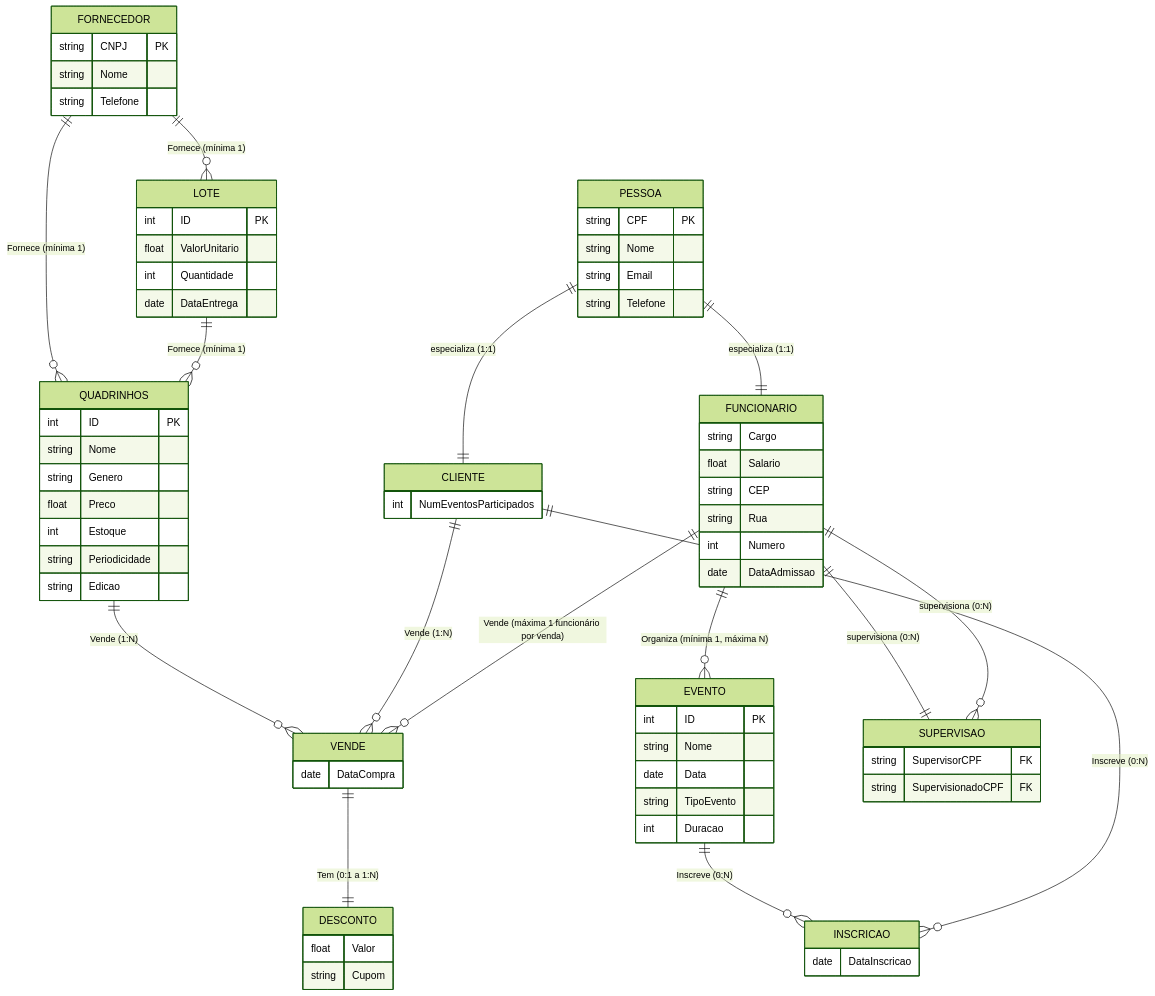
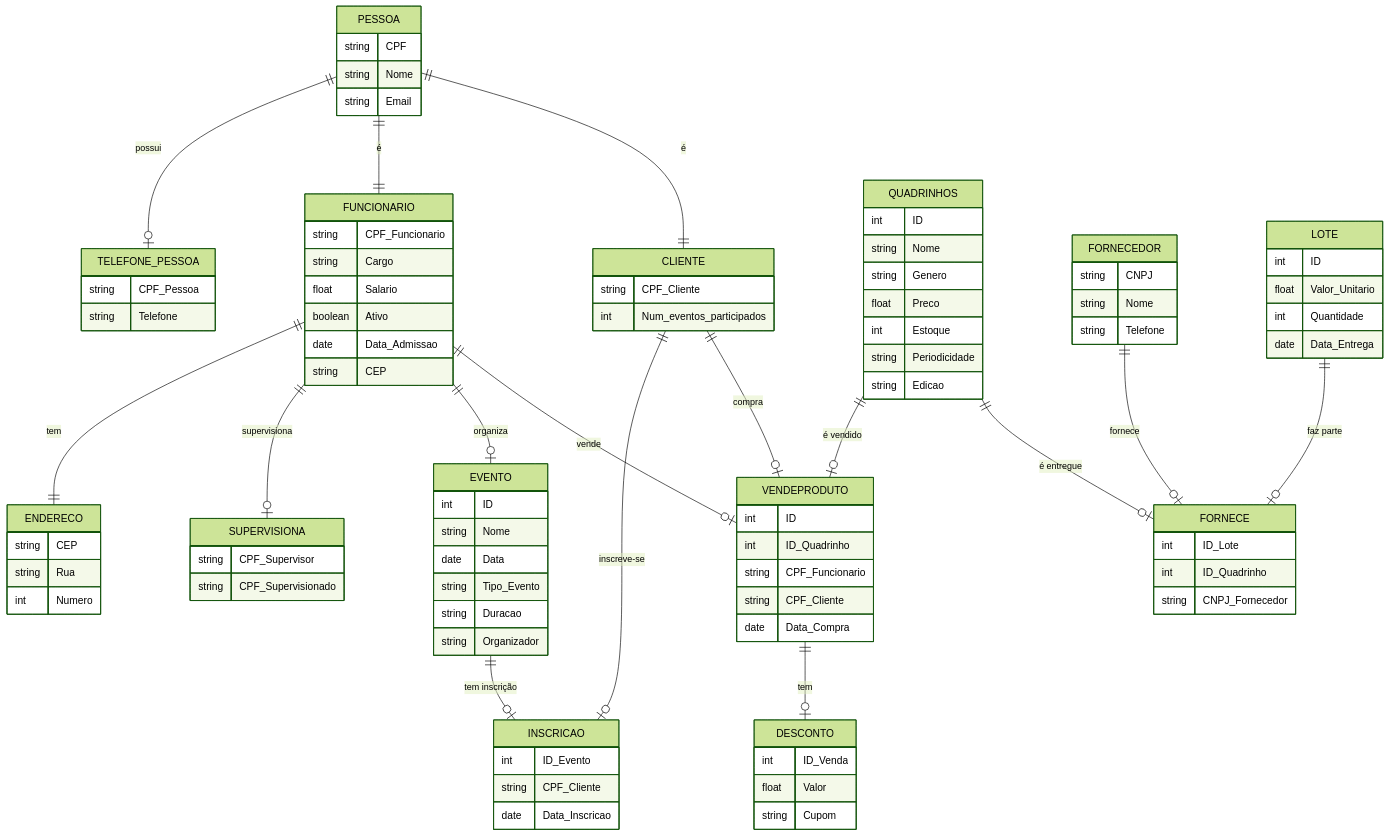
One commit to gabrielalimasotero/gdi-grupo07-2025.1 changed the diagram in sgbd/diagramas/README.md. Above: the diagram before and after it, drawn with Mermaid (forest theme).

Commit message:
Update README.md
Att diagrama mermaid

````diff
--- a/sgbd/diagramas/README.md
+++ b/sgbd/diagramas/README.md
@@ -34,27 +34,33 @@
 ```mermaid
 erDiagram
     PESSOA {
-        string CPF PK
+        string CPF
         string Nome
         string Email
+    }
+    TELEFONE_PESSOA {
+        string CPF_Pessoa
         string Telefone
     }
-
     FUNCIONARIO {
+        string CPF_Funcionario
         string Cargo
         float Salario
+        boolean Ativo
+        date Data_Admissao
+        string CEP
+    }
+    ENDERECO {
         string CEP
         string Rua
         int Numero
-        date DataAdmissao
     }
-
     CLIENTE {
-        int NumEventosParticipados
+        string CPF_Cliente
+        int Num_eventos_participados
     }
-
     QUADRINHOS {
-        int ID PK
+        int ID
         string Nome
         string Genero
         float Preco
@@ -62,63 +68,70 @@
         string Periodicidade
         string Edicao
     }
-
     EVENTO {
-        int ID PK
+        int ID
         string Nome
         date Data
-        string TipoEvento
-        int Duracao
+        string Tipo_Evento
+        string Duracao
+        string Organizador
     }
-
-    VENDE {
-        date DataCompra
+    INSCRICAO {
+        int ID_Evento
+        string CPF_Cliente
+        date Data_Inscricao
     }
-
+    VENDEPRODUTO {
+        int ID
+        int ID_Quadrinho
+        string CPF_Funcionario
+        string CPF_Cliente
+        date Data_Compra
+    }
     DESCONTO {
+        int ID_Venda
         float Valor
         string Cupom
     }
-
-    LOTE {
-        int ID PK
-        float ValorUnitario
-        int Quantidade
-        date DataEntrega
-    }
-
     FORNECEDOR {
-        string CNPJ PK
+        string CNPJ
         string Nome
         string Telefone
     }
-
-    SUPERVISAO {
-        string SupervisorCPF FK
-        string SupervisionadoCPF FK
+    LOTE {
+        int ID
+        float Valor_Unitario
+        int Quantidade
+        date Data_Entrega
+    }
+    FORNECE {
+        int ID_Lote
+        int ID_Quadrinho
+        string CNPJ_Fornecedor
+    }
+    SUPERVISIONA {
+        string CPF_Supervisor
+        string CPF_Supervisionado
     }
 
-    INSCRICAO {
-        date DataInscricao
-    }
+    %% Relacionamentos
+    PESSOA ||--o| TELEFONE_PESSOA: "possui"
+    PESSOA ||--|| FUNCIONARIO: "é"
+    PESSOA ||--|| CLIENTE: "é"
+    FUNCIONARIO ||--|| ENDERECO: "tem"
+    FUNCIONARIO ||--o| SUPERVISIONA: "supervisiona"
+    FUNCIONARIO ||--o| EVENTO: "organiza"
+    FUNCIONARIO ||--o| VENDEPRODUTO: "vende"
+    CLIENTE ||--o| INSCRICAO: "inscreve-se"
+    CLIENTE ||--o| VENDEPRODUTO: "compra"
+    EVENTO ||--o| INSCRICAO: "tem inscrição"
+    QUADRINHOS ||--o| VENDEPRODUTO: "é vendido"
+    VENDEPRODUTO ||--o| DESCONTO: "tem"
+    FORNECEDOR ||--o| FORNECE: "fornece"
+    LOTE ||--o| FORNECE: "faz parte"
+    QUADRINHOS ||--o| FORNECE: "é entregue"
 
-    PESSOA ||--|| FUNCIONARIO: "especializa (1:1)"
-    PESSOA ||--|| CLIENTE: "especializa (1:1)"
-
-    FUNCIONARIO ||--o{ EVENTO: "Organiza (mínima 1, máxima N)"
-    CLIENTE ||--o{ INSCRICAO: "Inscreve (0:N)"
-    EVENTO ||--o{ INSCRICAO: "Inscreve (0:N)"
-
-    FUNCIONARIO ||--o{ VENDE: "Vende (máxima 1 funcionário por venda)"
-    CLIENTE ||--o{ VENDE: "Vende (1:N)"
-    QUADRINHOS ||--o{ VENDE: "Vende (1:N)"
-
-    VENDE ||--|| DESCONTO: "Tem (0:1 a 1:N)"
-
-    FORNECEDOR ||--o{ LOTE: "Fornece (mínima 1)"
-    LOTE ||--o{ QUADRINHOS: "Fornece (mínima 1)"
-    FORNECEDOR ||--o{ QUADRINHOS: "Fornece (mínima 1)"
-
-    FUNCIONARIO ||--o{ SUPERVISAO: "supervisiona (0:N)"
-    SUPERVISAO ||--|| FUNCIONARIO: "supervisiona (0:N)"
+%% Legenda para chaves (PK / FK):
+%% PK: CPF, ID, CNPJ, etc.
+%% FK: CEP, CPF_Pessoa, Organizador, ID_Quadrinho, CPF_Funcionario, CPF_Cliente, ID_Evento, ID_Venda, ID_Lote, CNPJ_Fornecedor
 ```
````
